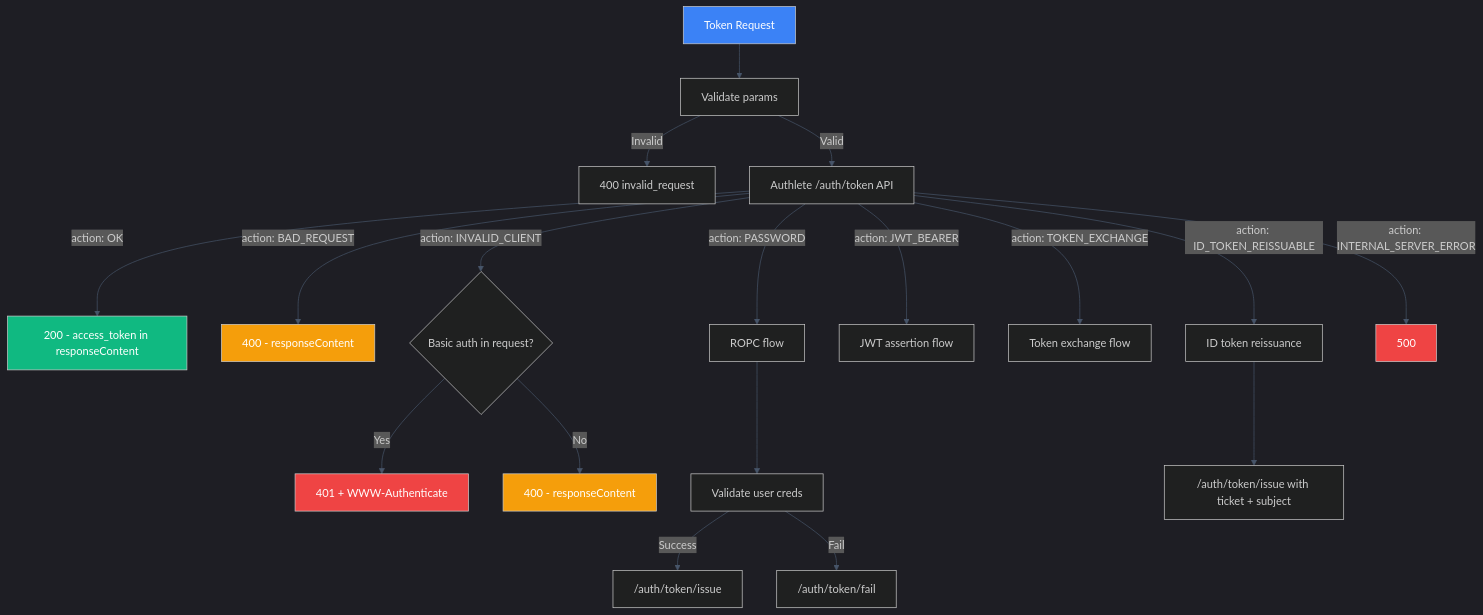
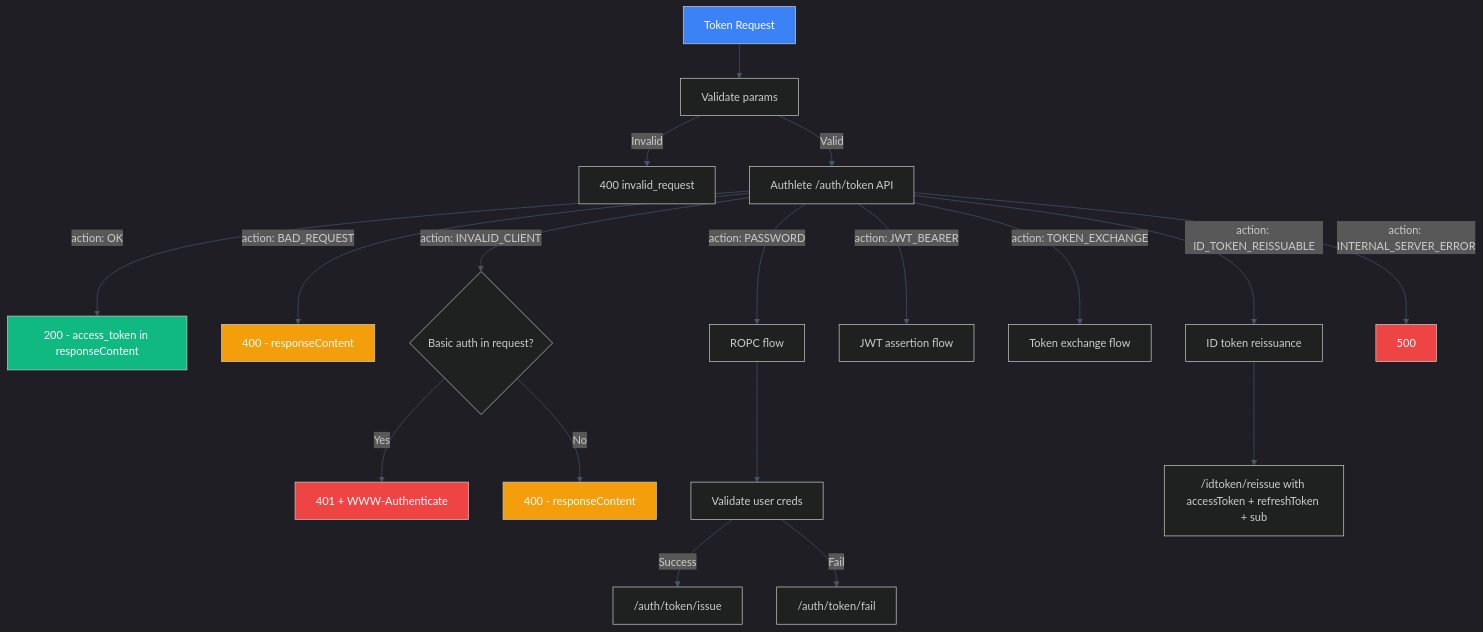
The second of 13 diagrams in docs/DATA-FLOWS.md (blackadi/OAUTH2.0), drawn with Mermaid before and after one commit. The commit also changed 35 other files, not shown here.

````diff
--- a/docs/DATA-FLOWS.md
+++ b/docs/DATA-FLOWS.md
@@ -78,31 +78,31 @@
 ```mermaid
 %%{init: {'theme': 'dark', 'themeVariables': { 'primaryColor': '#1e293b', 'primaryTextColor': '#e2e8f0', 'primaryBorderColor': '#475569', 'lineColor': '#475569', 'secondaryColor': '#0f172a', 'tertiaryColor': '#334155', 'fontFamily': 'Inter'}}}%%
 flowchart TD
     REQ["Token Request"] --> VALIDATE["Validate params"]
     VALIDATE -->|Invalid| 400["400 invalid_request"]
     VALIDATE -->|Valid| SDK["Authlete /auth/token API"]
     
     SDK -->|action: OK| OK["200 - access_token in responseContent"]
     SDK -->|action: BAD_REQUEST| BAD["400 - responseContent"]
     SDK -->|action: INVALID_CLIENT| IC{"Basic auth in request?"}
     IC -->|Yes| 401["401 + WWW-Authenticate"]
     IC -->|No| 400B["400 - responseContent"]
     SDK -->|action: PASSWORD| PW["ROPC flow"]
     SDK -->|action: JWT_BEARER| JWT["JWT assertion flow"]
     SDK -->|action: TOKEN_EXCHANGE| TE["Token exchange flow"]
     SDK -->|action: ID_TOKEN_REISSUABLE| IDT["ID token reissuance"]
     SDK -->|action: INTERNAL_SERVER_ERROR| ISE["500"]
     
     PW --> VAL["Validate user creds"]
     VAL -->|Success| ISSUE["/auth/token/issue"]
     VAL -->|Fail| FAIL["/auth/token/fail"]
     
-    IDT --> IDT_ISSUE["/auth/token/issue with ticket + subject"]
+    IDT --> IDT_ISSUE["/idtoken/reissue with accessToken + refreshToken + sub"]
     
     style REQ fill:#3b82f6,color:#fff
     style OK fill:#10b981,color:#fff
     style BAD fill:#f59e0b,color:#fff
     style 401 fill:#ef4444,color:#fff
     style 400B fill:#f59e0b,color:#fff
     style ISE fill:#ef4444,color:#fff
 ```
````
